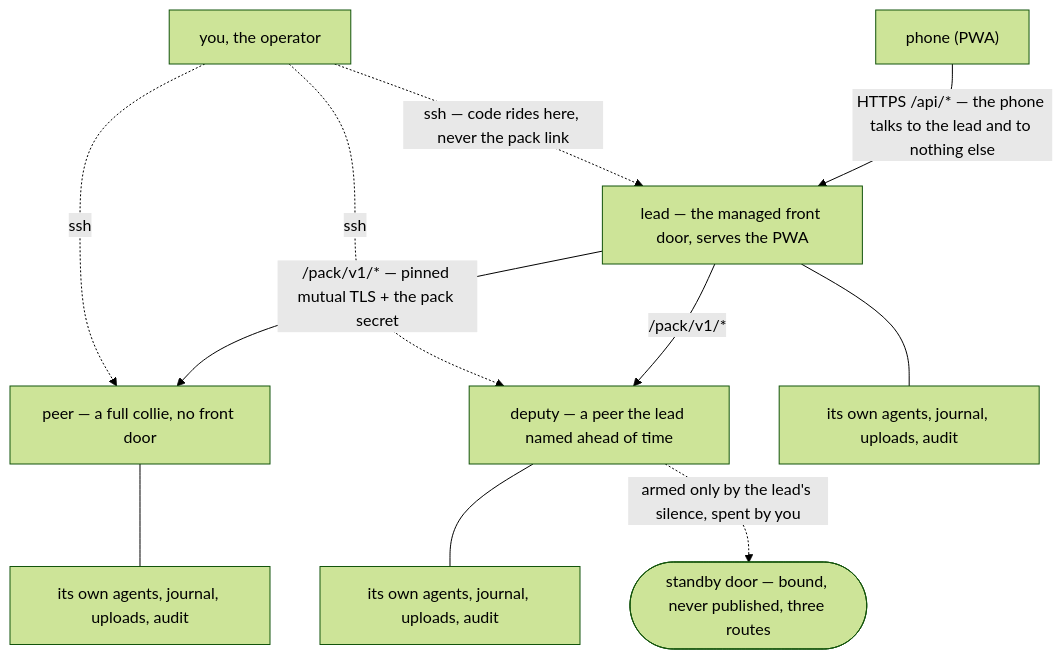
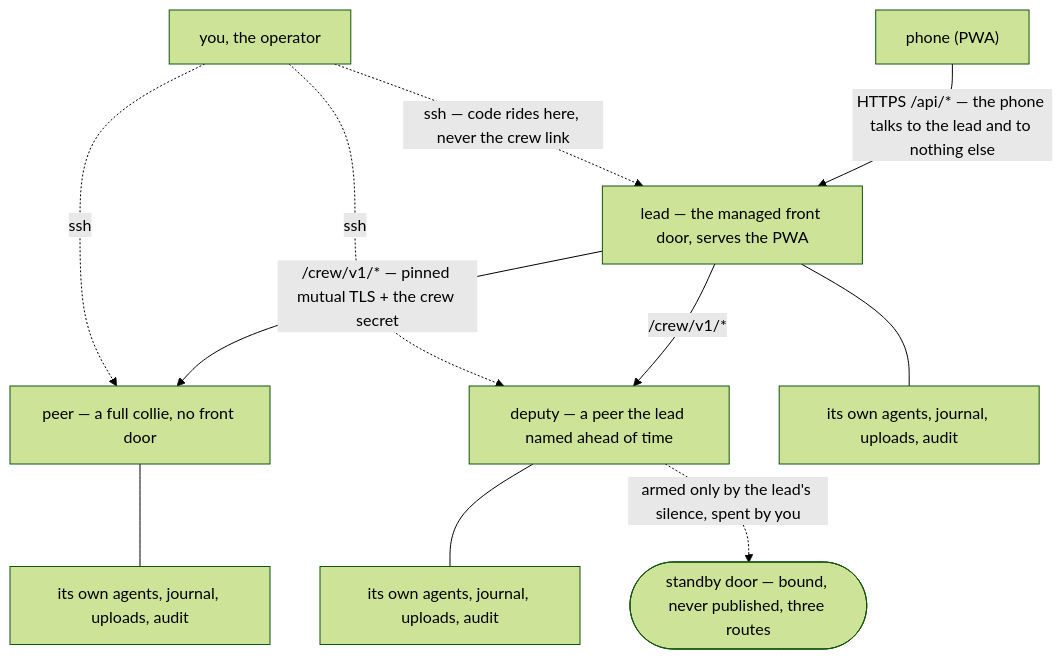
The diagram in docs/crew.md (AltanS/collie), drawn with Mermaid (forest theme) before and after one commit. The commit also changed other lines of this file and 13 other files, not shown here.

````diff
--- a/docs/crew.md
+++ b/docs/crew.md
@@ -10,13 +10,13 @@
 ```mermaid
 graph TD
   phone["phone (PWA)"] -->|"HTTPS /api/* — the phone talks to the lead and to nothing else"| lead
-  lead["lead — the managed front door, serves the PWA"] -->|"/pack/v1/* — pinned mutual TLS + the pack secret"| peer["peer — a full collie, no front door"]
-  lead -->|"/pack/v1/*"| deputy["deputy — a peer the lead named ahead of time"]
+  lead["lead — the managed front door, serves the PWA"] -->|"/crew/v1/* — pinned mutual TLS + the crew secret"| peer["peer — a full collie, no front door"]
+  lead -->|"/crew/v1/*"| deputy["deputy — a peer the lead named ahead of time"]
   lead --- leadHerd["its own agents, journal, uploads, audit"]
   peer --- peerHerd["its own agents, journal, uploads, audit"]
   deputy --- depHerd["its own agents, journal, uploads, audit"]
   deputy -.->|"armed only by the lead's silence, spent by you"| standby(["standby door — bound, never published, three routes"])
-  op["you, the operator"] -.->|"ssh — code rides here, never the pack link"| lead
+  op["you, the operator"] -.->|"ssh — code rides here, never the crew link"| lead
   op -.->|"ssh"| peer
   op -.->|"ssh"| deputy
 ```
````
